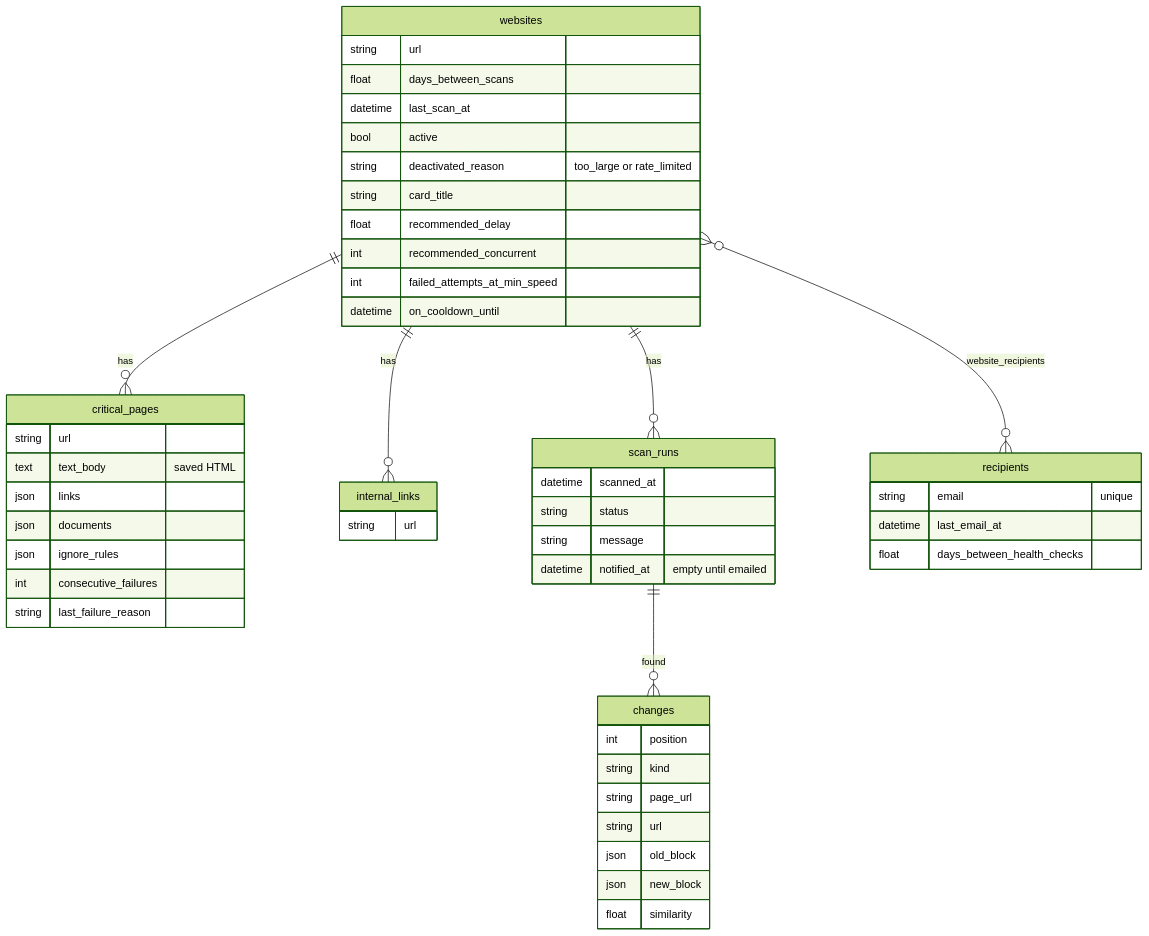
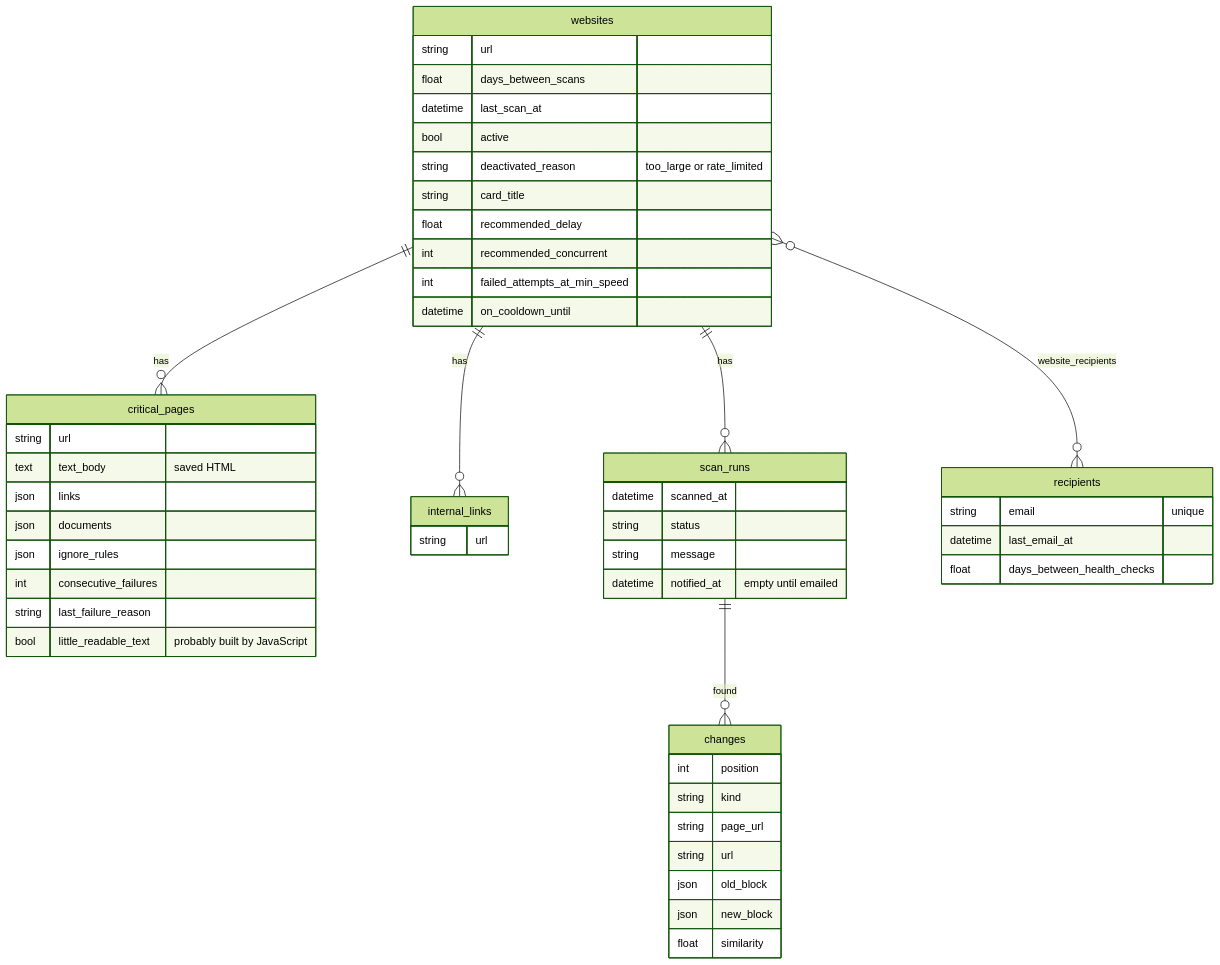
One commit to Jakespitteler/inwebstigator changed the fifth of 5 diagrams in docs/ARCHITECTURE.md. Above: the diagram before and after it, drawn with Mermaid (forest theme). The commit also changed other lines of this file and 13 other files, not shown here.

First line of the commit message:
Warn on a website's card when its last scan failed or its pages are built with JavaScript

````diff
--- a/docs/ARCHITECTURE.md
+++ b/docs/ARCHITECTURE.md
@@ -435,53 +446,54 @@
 ```mermaid
 erDiagram
     websites ||--o{ critical_pages : has
     websites ||--o{ internal_links : has
     websites ||--o{ scan_runs : has
     scan_runs ||--o{ changes : found
     websites }o--o{ recipients : "website_recipients"
 
     websites {
         string url
         float days_between_scans
         datetime last_scan_at
         bool active
         string deactivated_reason "too_large or rate_limited"
         string card_title
         float recommended_delay
         int recommended_concurrent
         int failed_attempts_at_min_speed
         datetime on_cooldown_until
     }
     critical_pages {
         string url
         text text_body "saved HTML"
         json links
         json documents
         json ignore_rules
         int consecutive_failures
         string last_failure_reason
+        bool little_readable_text "probably built by JavaScript"
     }
     internal_links {
         string url
     }
     scan_runs {
         datetime scanned_at
         string status
         string message
         datetime notified_at "empty until emailed"
     }
     changes {
         int position
         string kind
         string page_url
         string url
         json old_block
         json new_block
         float similarity
     }
     recipients {
         string email "unique"
         datetime last_email_at
         float days_between_health_checks
     }
 ```
````
